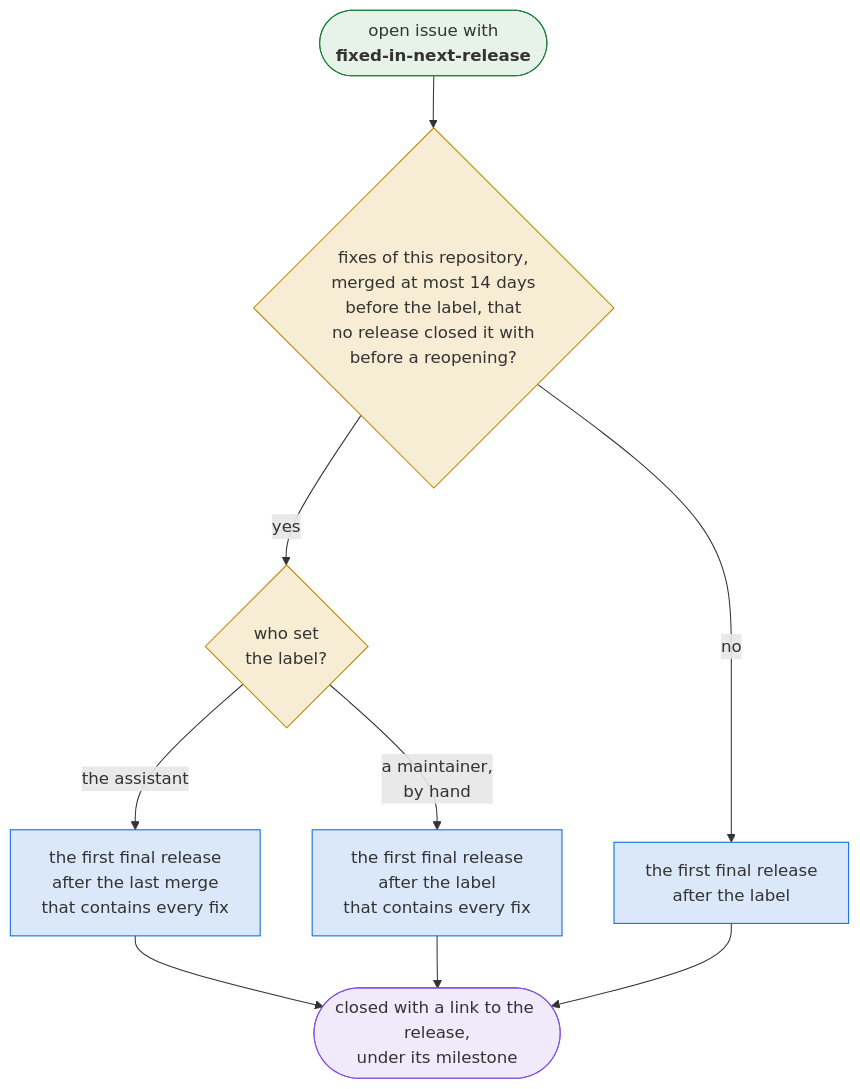
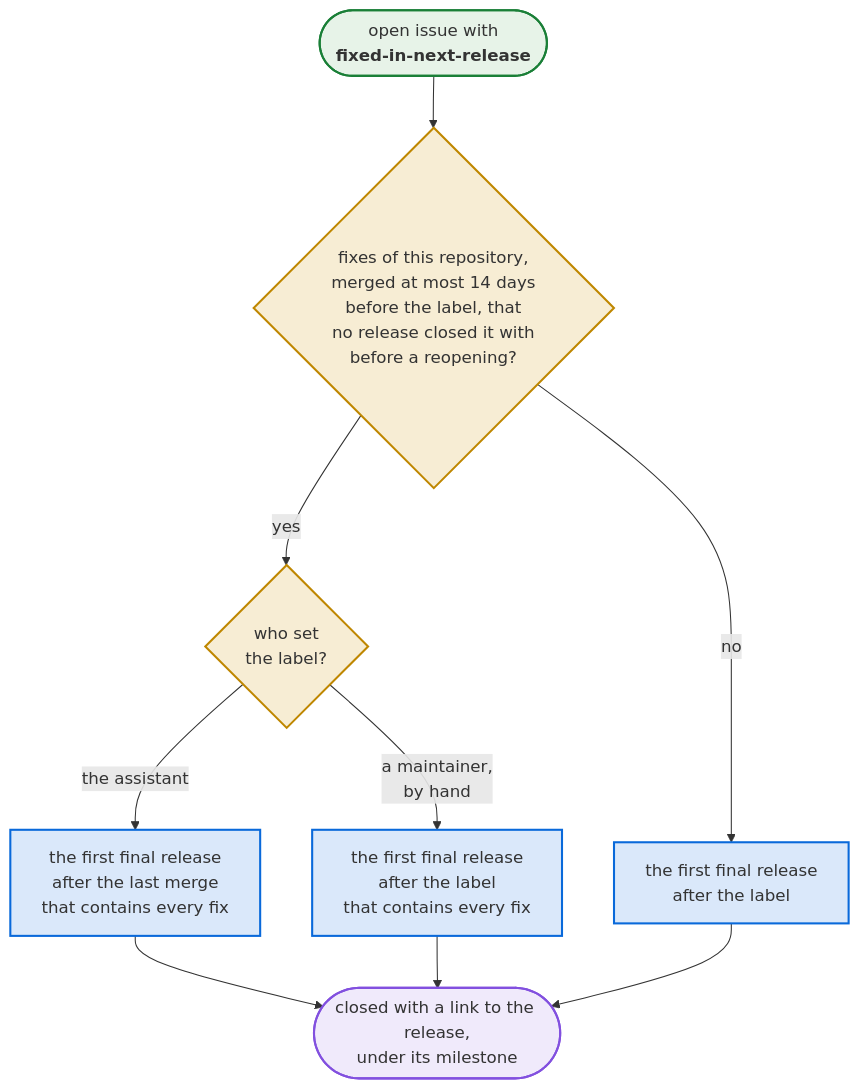
The sixth of 11 diagrams in README.md (Dennis-Otto/issue-assistant), drawn with Mermaid before and after one commit. The commit also changed other lines of this file and 4 other files, not shown here.

First line of the commit message:
docs: accessible top-to-bottom diagrams, and three new ones (#82)

````diff
--- a/README.md
+++ b/README.md
@@ -194,21 +259,21 @@
 ```mermaid
 flowchart TB
   accTitle: Which release closes a fixed issue
   accDescr: For an open issue with the label fixed-in-next-release, the assistant looks for its fixes: pull requests of this repository into the default branch that name it, merged at most 14 days before the label, leaving out those that a release closed the issue with before it was reopened. With fixes and a label that the assistant set, the first final release published after the last of them was merged that contains them all closes the issue, also one published before a late label. With fixes and a label set by hand, it is the first final release after the label that contains them all. Without fixes, the first final release published after the label closes it. Drafts and pre-releases never close an issue.
   label(["open issue with<br/><b>fixed-in-next-release</b>"]) --> fixes{"fixes of this repository,<br/>merged at most 14 days<br/>before the label, that<br/>no release closed it with<br/>before a reopening?"}
   fixes -- "yes" --> who{"who set<br/>the label?"}
   who -- "the assistant" --> shipped["the first final release<br/>after the last merge<br/>that contains every fix"]
   who -- "a maintainer,<br/>by hand" --> later["the first final release<br/>after the label<br/>that contains every fix"]
   fixes -- "no" --> next["the first final release<br/>after the label"]
   shipped --> released(["closed with a link to the release,<br/>under its milestone"])
   later --> released
   next --> released
-  classDef fixed fill:#c2e0c666,stroke:#1a7f37
-  classDef question fill:#d4a72c33,stroke:#bf8700
-  classDef release fill:#0969da26,stroke:#0969da
-  classDef done fill:#8250df1f,stroke:#8250df
+  classDef fixed fill:#c2e0c666,stroke:#1a7f37,stroke-width:2px
+  classDef question fill:#d4a72c33,stroke:#bf8700,stroke-width:2px
+  classDef release fill:#0969da26,stroke:#0969da,stroke-width:2px
+  classDef done fill:#8250df1f,stroke:#8250df,stroke-width:2px
   class label fixed
   class fixes,who question
   class shipped,later,next release
   class released done
 ```
````
